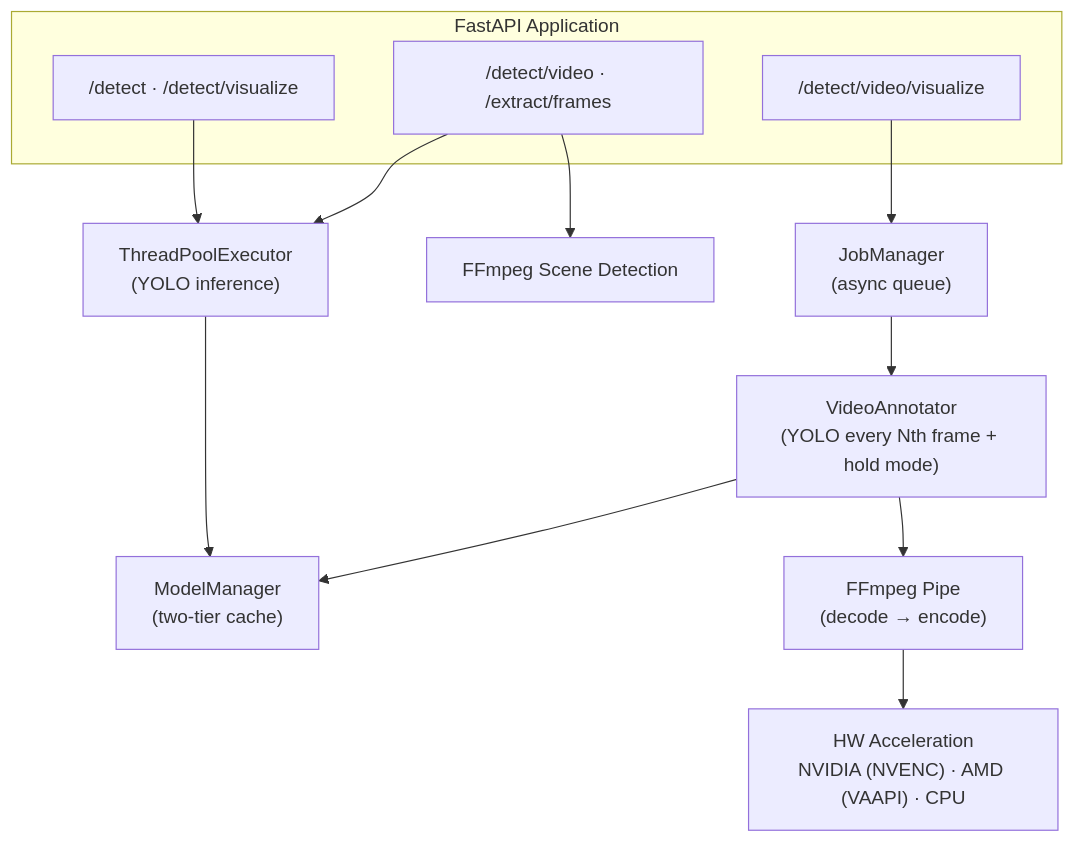
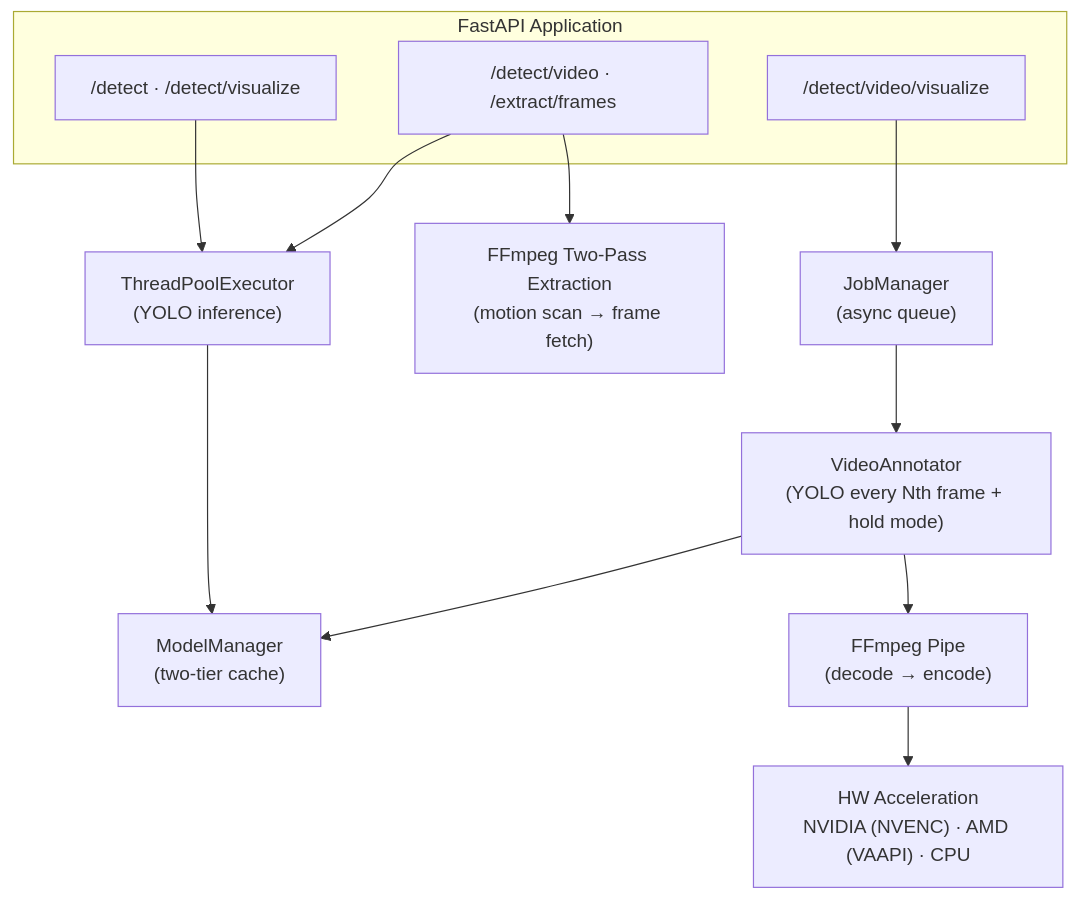
The diagram in README.md (zinin/vision-api-server), drawn with Mermaid before and after one commit. The commit also changed other lines of this file and 2 other files, not shown here.

First line of the commit message:
docs(api): describe motion-based frame selection

````diff
--- a/README.md
+++ b/README.md
@@ -158,19 +158,19 @@
 ```mermaid
 flowchart TB
     subgraph FastAPI["FastAPI Application"]
         E1["/detect · /detect/visualize"]
         E2["/detect/video · /extract/frames"]
         E3["/detect/video/visualize"]
     end
 
     E1 --> TPE["ThreadPoolExecutor<br/>(YOLO inference)"]
-    E2 --> FFE["FFmpeg Scene Detection"]
+    E2 --> FFE["FFmpeg Two-Pass Extraction<br/>(motion scan → frame fetch)"]
     E2 --> TPE
     E3 --> JM["JobManager<br/>(async queue)"]
 
     TPE --> MM["ModelManager<br/>(two-tier cache)"]
     JM --> VA["VideoAnnotator<br/>(YOLO every Nth frame + hold mode)"]
     VA --> MM
     VA --> FP["FFmpeg Pipe<br/>(decode → encode)"]
     FP --> HW["HW Acceleration<br/>NVIDIA (NVENC) · AMD (VAAPI) · CPU"]
 ```
````
